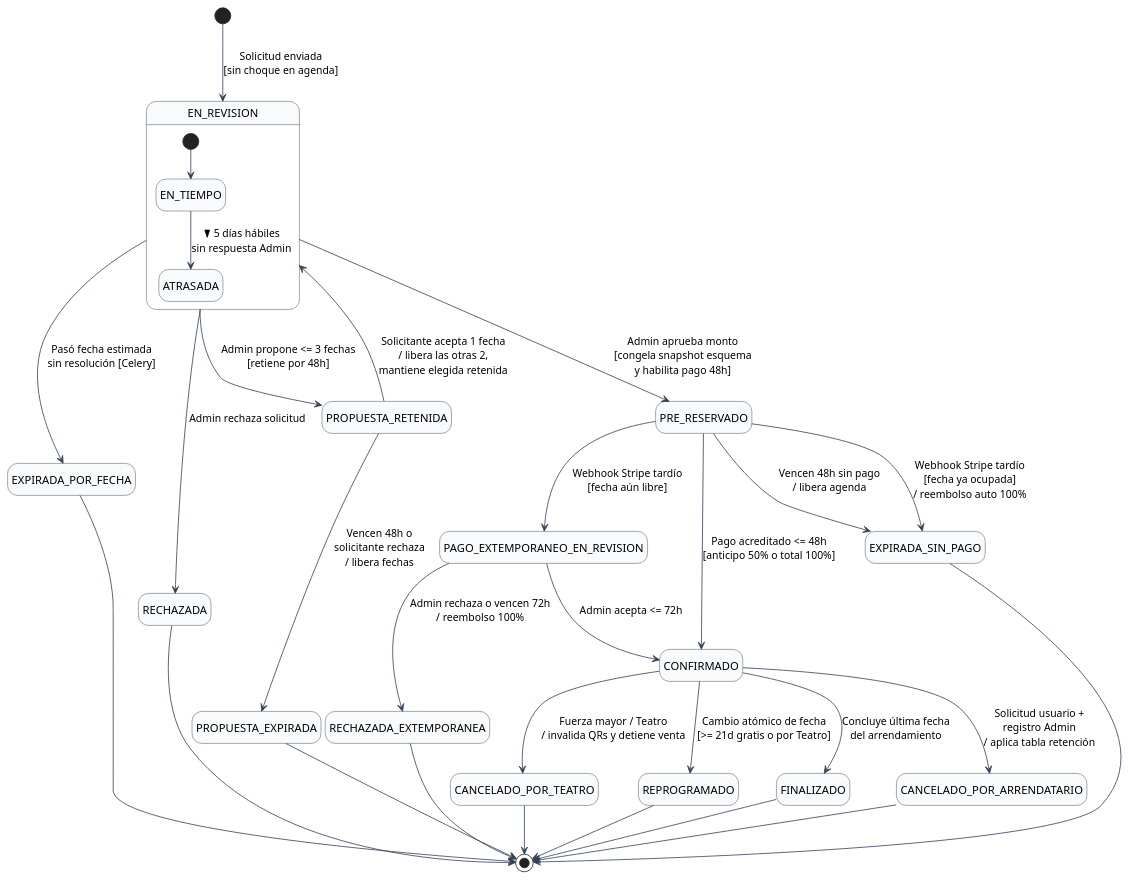
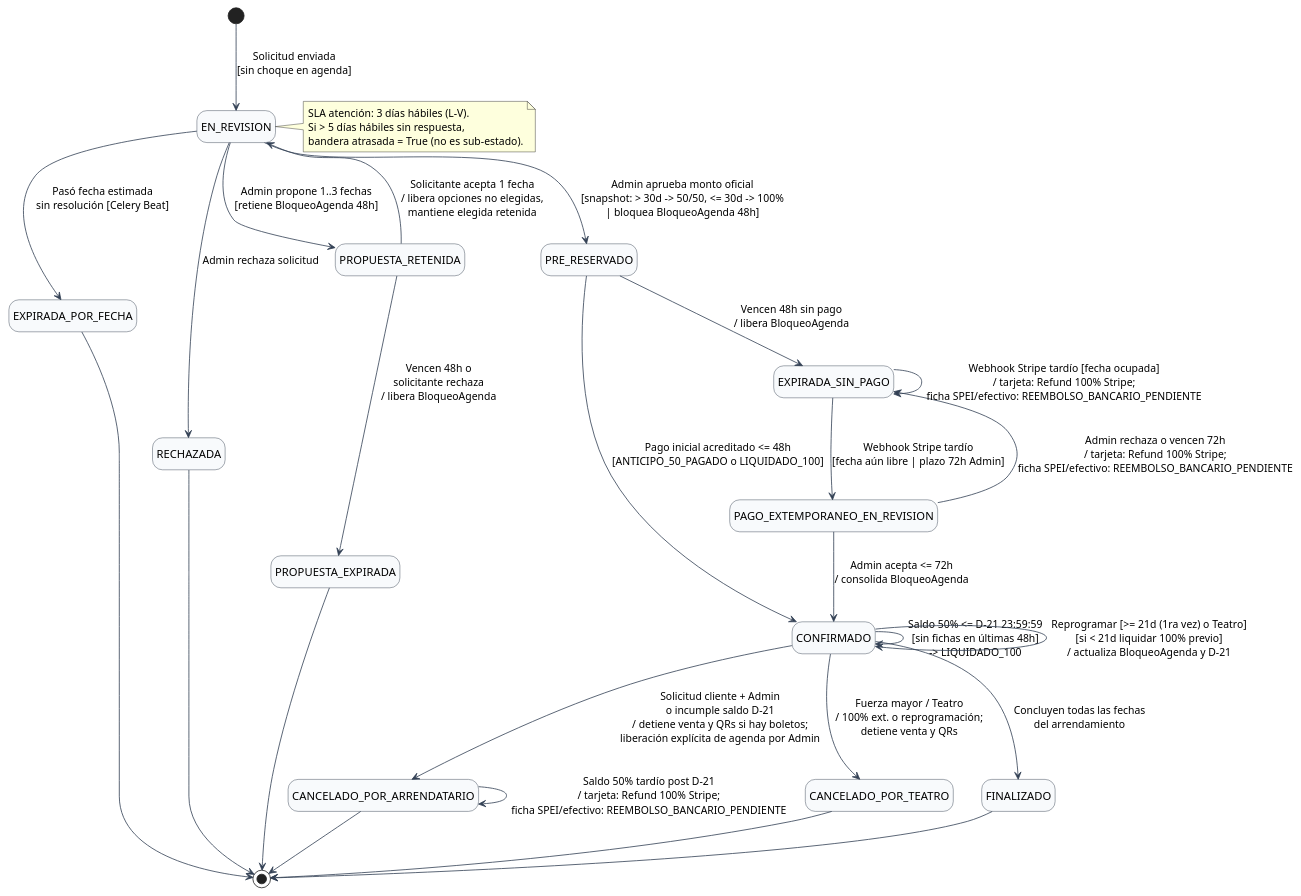
The diagram in docs/maquinas-de-estado/me01-cotizacion-arrendamiento.puml (AntonioVargas97/Teatro), drawn with PlantUML before and after one commit. The commit also changed 4 other files, not shown here.

Commit message:
docs(state-machines): sync diagrams and spec with truth docs

```diff
--- a/docs/maquinas-de-estado/me01-cotizacion-arrendamiento.puml
+++ b/docs/maquinas-de-estado/me01-cotizacion-arrendamiento.puml
@@ -1,46 +1,49 @@
 @startuml ME01_Cotizacion_Arrendamiento
 hide empty description
 skinparam state {
   BackgroundColor #F8FAFC
   BorderColor #1E293B
   ArrowColor #334155
 }
 
 [*] --> EN_REVISION : Solicitud enviada\n[sin choque en agenda]
 
-state EN_REVISION {
-  [*] --> EN_TIEMPO
-  EN_TIEMPO --> ATRASADA : > 5 días hábiles\nsin respuesta Admin
-}
+note right of EN_REVISION
+  SLA atención: 3 días hábiles (L-V).
+  Si > 5 días hábiles sin respuesta,
+  bandera atrasada = True (no es sub-estado).
+end note
 
-EN_REVISION --> EXPIRADA_POR_FECHA : Pasó fecha estimada\nsin resolución [Celery]
+EN_REVISION --> EXPIRADA_POR_FECHA : Pasó fecha estimada\nsin resolución [Celery Beat]
 EN_REVISION --> RECHAZADA : Admin rechaza solicitud
-EN_REVISION --> PROPUESTA_RETENIDA : Admin propone <= 3 fechas\n[retiene por 48h]
-EN_REVISION --> PRE_RESERVADO : Admin aprueba monto\n[congela snapshot esquema\ny habilita pago 48h]
+EN_REVISION --> PROPUESTA_RETENIDA : Admin propone 1..3 fechas\n[retiene BloqueoAgenda 48h]
+EN_REVISION --> PRE_RESERVADO : Admin aprueba monto oficial\n[snapshot: > 30d -> 50/50, <= 30d -> 100%\n| bloquea BloqueoAgenda 48h]
 
-PROPUESTA_RETENIDA --> PROPUESTA_EXPIRADA : Vencen 48h o\nsolicitante rechaza\n/ libera fechas
-PROPUESTA_RETENIDA --> EN_REVISION : Solicitante acepta 1 fecha\n/ libera las otras 2,\nmantiene elegida retenida
+PROPUESTA_RETENIDA --> PROPUESTA_EXPIRADA : Vencen 48h o\nsolicitante rechaza\n/ libera BloqueoAgenda
+PROPUESTA_RETENIDA --> EN_REVISION : Solicitante acepta 1 fecha\n/ libera opciones no elegidas,\nmantiene elegida retenida
 
-PRE_RESERVADO --> CONFIRMADO : Pago acreditado <= 48h\n[anticipo 50% o total 100%]
-PRE_RESERVADO --> EXPIRADA_SIN_PAGO : Vencen 48h sin pago\n/ libera agenda
-PRE_RESERVADO --> PAGO_EXTEMPORANEO_EN_REVISION : Webhook Stripe tardío\n[fecha aún libre]
-PRE_RESERVADO --> EXPIRADA_SIN_PAGO : Webhook Stripe tardío\n[fecha ya ocupada]\n/ reembolso auto 100%
+PRE_RESERVADO --> CONFIRMADO : Pago inicial acreditado <= 48h\n[ANTICIPO_50_PAGADO o LIQUIDADO_100]
+PRE_RESERVADO --> EXPIRADA_SIN_PAGO : Vencen 48h sin pago\n/ libera BloqueoAgenda
 
-PAGO_EXTEMPORANEO_EN_REVISION --> CONFIRMADO : Admin acepta <= 72h
-PAGO_EXTEMPORANEO_EN_REVISION --> RECHAZADA_EXTEMPORANEA : Admin rechaza o vencen 72h\n/ reembolso 100%
+EXPIRADA_SIN_PAGO --> PAGO_EXTEMPORANEO_EN_REVISION : Webhook Stripe tardío\n[fecha aún libre | plazo 72h Admin]
+EXPIRADA_SIN_PAGO --> EXPIRADA_SIN_PAGO : Webhook Stripe tardío [fecha ocupada]\n/ tarjeta: Refund 100% Stripe;\nficha SPEI/efectivo: REEMBOLSO_BANCARIO_PENDIENTE
 
-CONFIRMADO --> CANCELADO_POR_ARRENDATARIO : Solicitud usuario +\nregistro Admin\n/ aplica tabla retención
-CONFIRMADO --> CANCELADO_POR_TEATRO : Fuerza mayor / Teatro\n/ invalida QRs y detiene venta
-CONFIRMADO --> REPROGRAMADO : Cambio atómico de fecha\n[>= 21d gratis o por Teatro]
-CONFIRMADO --> FINALIZADO : Concluye última fecha\ndel arrendamiento
+PAGO_EXTEMPORANEO_EN_REVISION --> CONFIRMADO : Admin acepta <= 72h\n/ consolida BloqueoAgenda
+PAGO_EXTEMPORANEO_EN_REVISION --> EXPIRADA_SIN_PAGO : Admin rechaza o vencen 72h\n/ tarjeta: Refund 100% Stripe;\nficha SPEI/efectivo: REEMBOLSO_BANCARIO_PENDIENTE
+
+CONFIRMADO --> CONFIRMADO : Saldo 50% <= D-21 23:59:59\n[sin fichas en últimas 48h]\n-> LIQUIDADO_100
+CONFIRMADO --> CONFIRMADO : Reprogramar [>= 21d (1ra vez) o Teatro]\n[si < 21d liquidar 100% previo]\n/ actualiza BloqueoAgenda y D-21
+
+CONFIRMADO --> CANCELADO_POR_ARRENDATARIO : Solicitud cliente + Admin\no incumple saldo D-21\n/ detiene venta y QRs si hay boletos;\nliberación explícita de agenda por Admin
+CONFIRMADO --> CANCELADO_POR_TEATRO : Fuerza mayor / Teatro\n/ 100% ext. o reprogramación;\ndetiene venta y QRs
+CONFIRMADO --> FINALIZADO : Concluyen todas las fechas\ndel arrendamiento
+
+CANCELADO_POR_ARRENDATARIO --> CANCELADO_POR_ARRENDATARIO : Saldo 50% tardío post D-21\n/ tarjeta: Refund 100% Stripe;\nficha SPEI/efectivo: REEMBOLSO_BANCARIO_PENDIENTE
 
 EXPIRADA_POR_FECHA --> [*]
 RECHAZADA --> [*]
 PROPUESTA_EXPIRADA --> [*]
-EXPIRADA_SIN_PAGO --> [*]
-RECHAZADA_EXTEMPORANEA --> [*]
 CANCELADO_POR_ARRENDATARIO --> [*]
 CANCELADO_POR_TEATRO --> [*]
-REPROGRAMADO --> [*]
 FINALIZADO --> [*]
 @enduml
```
